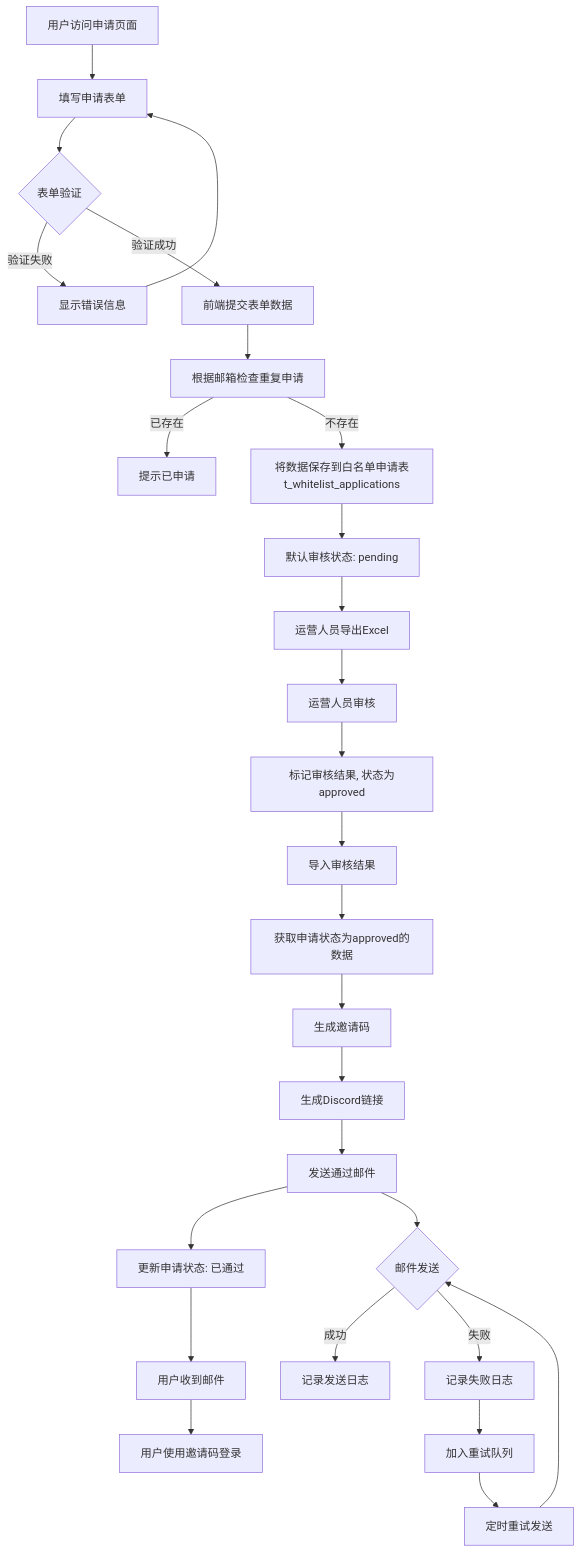
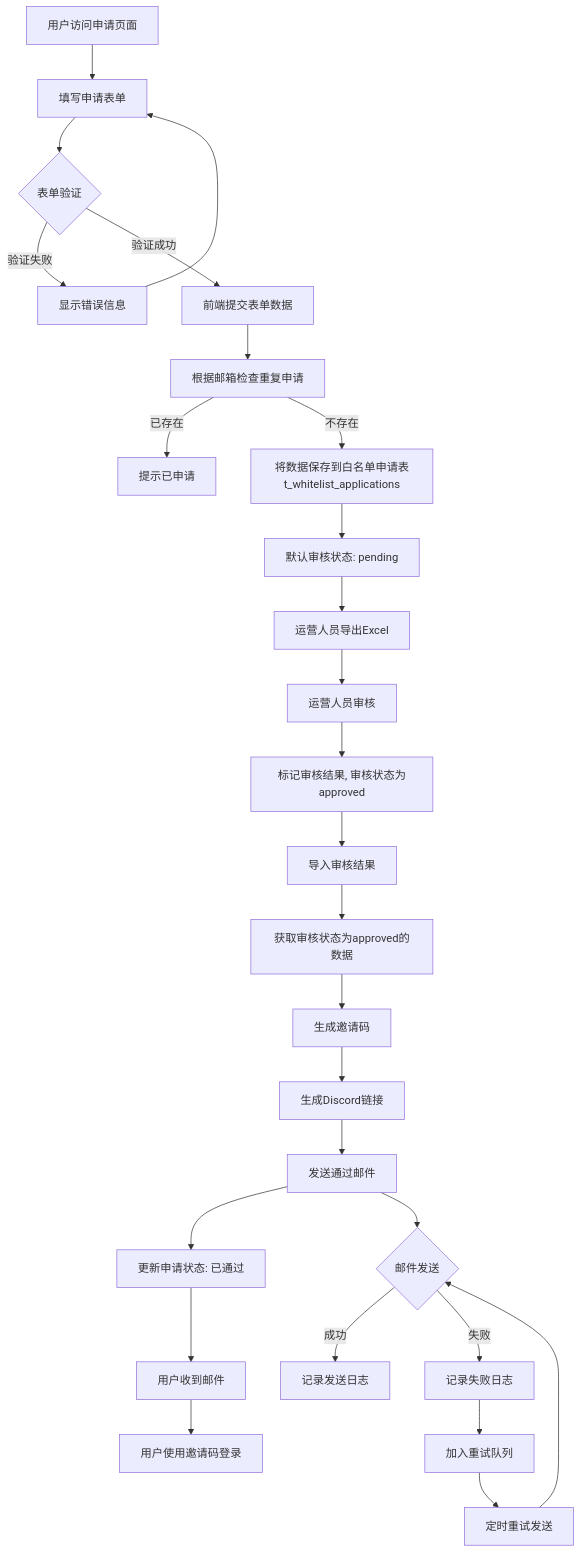
The diagram in all/未命名-69.md (yingjianzh/iodraw-files), drawn with Mermaid before and after one commit.

Commit message:
2025-07-03 10:31:56 update

````diff
--- a/all/未命名-69.md
+++ b/all/未命名-69.md
@@ -1,32 +1,32 @@
 ```mermaid
 flowchart TD
     A[用户访问申请页面] --> B[填写申请表单]
     B --> C{表单验证}
     C -->|验证失败| D[显示错误信息]
     D --> B
     C -->|验证成功| E[前端提交表单数据]
     E -->E1[根据邮箱检查重复申请]
     E1 -->|已存在| F[提示已申请]
     E1 -->|不存在| G[将数据保存到白名单申请表t_whitelist_applications]
     G --> H[默认审核状态: pending]
     
     H --> I[运营人员导出Excel]
     I --> J[运营人员审核]
-    J --> K[标记审核结果, 状态为approved]
+    J --> K[标记审核结果, 审核状态为approved]
     K --> L[导入审核结果]
-    L --> M[获取申请状态为approved的数据]
+    L --> M[获取审核状态为approved的数据]
     M --> N[生成邀请码]
     N --> O[生成Discord链接]
     O --> P[发送通过邮件]
     P --> Q[更新申请状态: 已通过]
     
     P --> T{邮件发送}
     T -->|成功| U[记录发送日志]
     T -->|失败| V[记录失败日志]
     V --> W[加入重试队列]
     W --> X[定时重试发送]
     X --> T
     
     Q --> Y[用户收到邮件]
     Y --> Z[用户使用邀请码登录]
 ```
````
